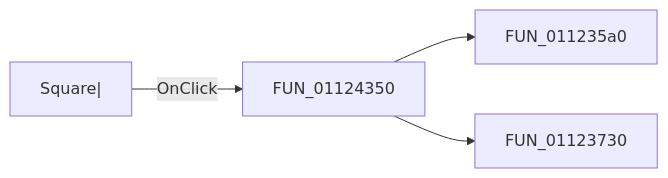
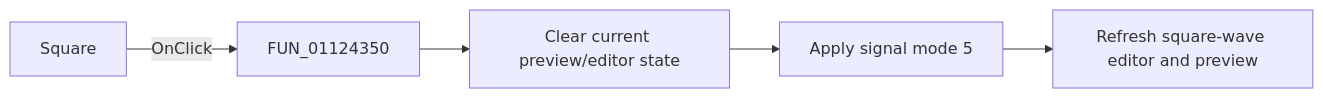
One commit to MovGP0/TIARA changed the diagram in docs/ui-controls/signaleditordlg/sbtnsquare-e15e2a958c.md. Above: the diagram before and after it, drawn with Mermaid. The commit also changed other lines of this file and 1062 other files, not shown here.

````diff
--- a/docs/ui-controls/signaleditordlg/sbtnsquare-e15e2a958c.md
+++ b/docs/ui-controls/signaleditordlg/sbtnsquare-e15e2a958c.md
@@ -27,6 +32,7 @@
 ```mermaid
 flowchart LR
-    control["Square|"] -->|OnClick| handler["FUN_01124350"]
-    handler --> call1["FUN_011235a0"]
-    handler --> call2["FUN_01123730"]
+    control["Square"] -->|"OnClick"| handler["FUN_01124350"]
+    handler --> clear["Clear current preview/editor state"]
+    clear --> select["Apply signal mode 5"]
+    select --> refresh["Refresh square-wave editor and preview"]
 ```
````
